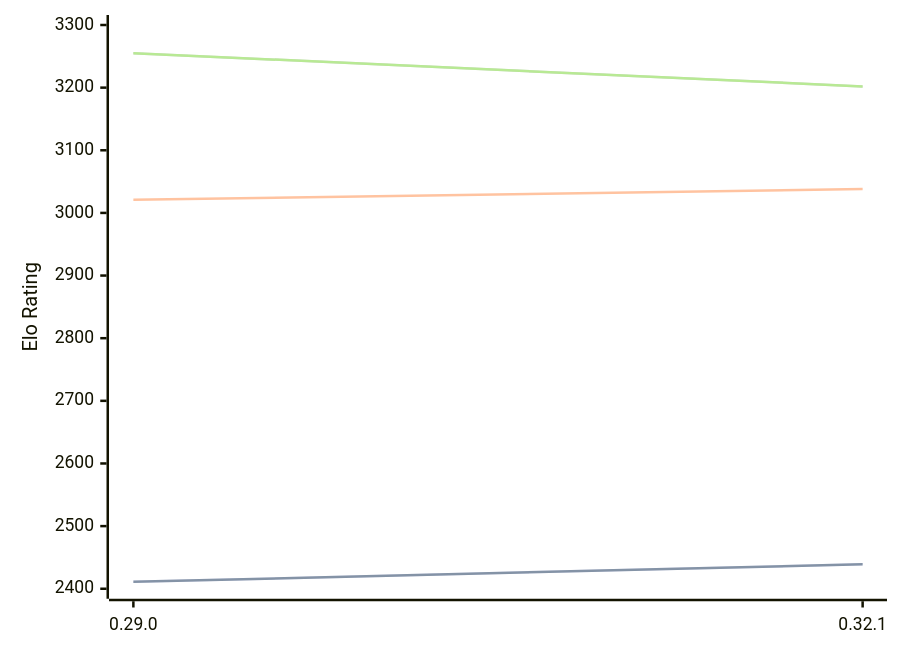
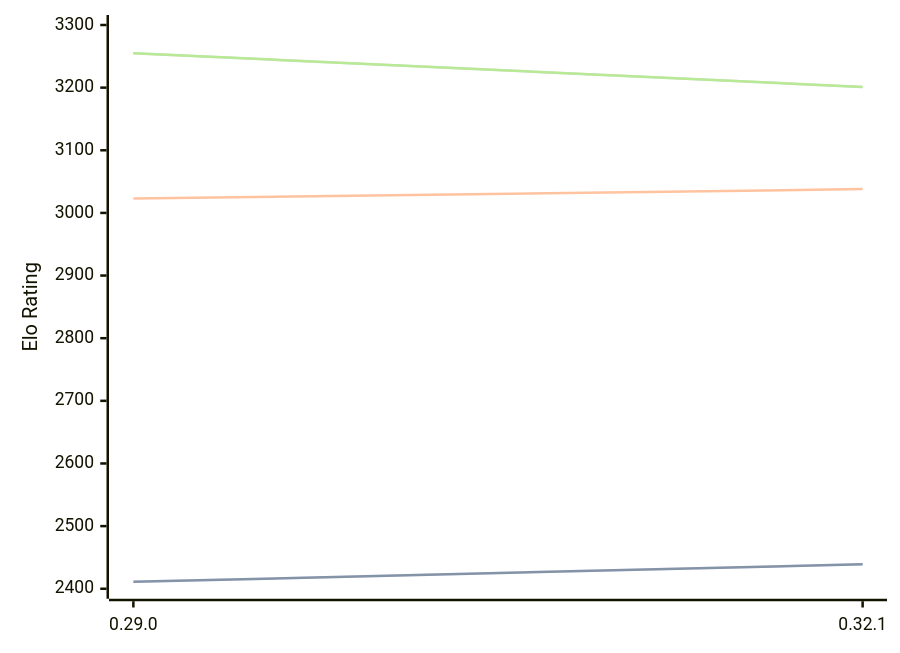
Before and after one commit to computer-chess-index/cci: the diagram in engines/Lc0.md, drawn with Mermaid. The commit also changed other lines of this file, not shown here.

Commit message:
Update CCI Ratings (ELO VLTC) - 2026-04-10

````diff
--- a/engines/Lc0.md
+++ b/engines/Lc0.md
@@ -68,11 +68,11 @@
 ```mermaid
 %%{init: {"theme":"base","themeVariables":{"seriesColors:['#a3a3a3','#222221','#faa371']}}}%%
 xychart-beta
   x-axis ["0.29.0", "0.32.1"]
   y-axis "Elo Rating" 2400 --> 3300
   line "STC (8.0+0.08s)" [2411, 2439]
   line "STC (8.0+0.08s)" [2411, 2439]
-  line "LTC (60.0+0.60s)" [3021, 3038]
-  line "VLTC (2m24s+1.12s)" [3255, 3202]
-  line "VLTC (2m24s+1.12s)" [3255, 3202]
+  line "LTC (60.0+0.60s)" [3023, 3038]
+  line "VLTC (2m24s+1.12s)" [3255, 3201]
+  line "VLTC (2m24s+1.12s)" [3255, 3201]
 ```
````
